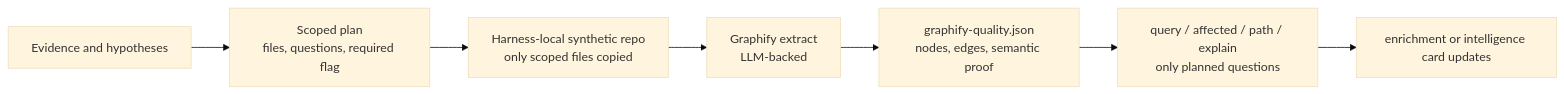
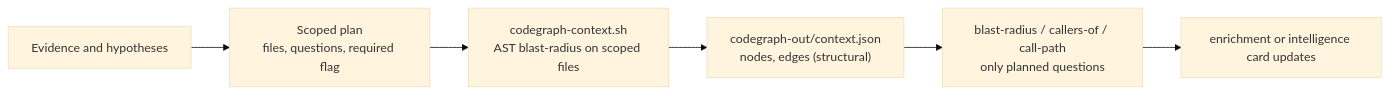
The fifth of 7 diagrams in ARCHITECTURE.md (xfhg/vulnops), drawn with Mermaid (base theme) before and after one commit. The commit also changed other lines of this file and 39 other files, not shown here.

````diff
--- a/ARCHITECTURE.md
+++ b/ARCHITECTURE.md
@@ -149,9 +149,8 @@
 ```mermaid
 flowchart LR
     Evidence["Evidence and hypotheses"] --> ScopePlan["Scoped plan\nfiles, questions, required flag"]
-    ScopePlan --> SyntheticRepo["Harness-local synthetic repo\nonly scoped files copied"]
-    SyntheticRepo --> Extract["Graphify extract\nLLM-backed"]
-    Extract --> Quality["graphify-quality.json\nnodes, edges, semantic proof"]
-    Quality --> Questions["query / affected / path / explain\nonly planned questions"]
+    ScopePlan --> Context["codegraph-context.sh\nAST blast-radius on scoped files"]
+    Context --> ContextJson["codegraph-out/context.json\nnodes, edges (structural)"]
+    ContextJson --> Questions["blast-radius / callers-of / call-path\nonly planned questions"]
     Questions --> Enrichment["enrichment or intelligence card updates"]
 ```
````
